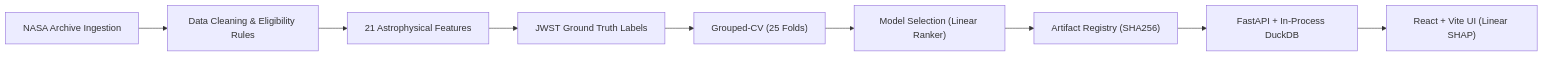
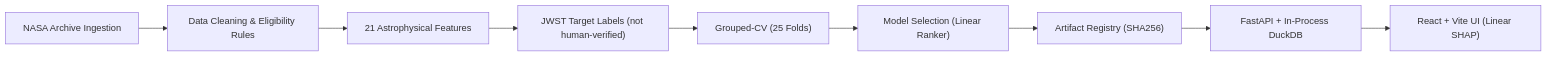
The diagram in README.md (Souvik-Mukherjee58/exoplant-project), drawn with Mermaid before and after one commit. The commit also changed other lines of this file and 15 other files, not shown here.

````diff
--- a/README.md
+++ b/README.md
@@ -34,11 +36,11 @@
 ```mermaid
 flowchart LR
     A["NASA Archive Ingestion"] --> B["Data Cleaning & Eligibility Rules"]
     B --> C["21 Astrophysical Features"]
-    C --> D["JWST Ground Truth Labels"]
+    C --> D["JWST Target Labels (not human-verified)"]
     D --> E["Grouped-CV (25 Folds)"]
     E --> F["Model Selection (Linear Ranker)"]
     F --> G["Artifact Registry (SHA256)"]
     G --> H["FastAPI + In-Process DuckDB"]
     H --> I["React + Vite UI (Linear SHAP)"]
 ```
````
